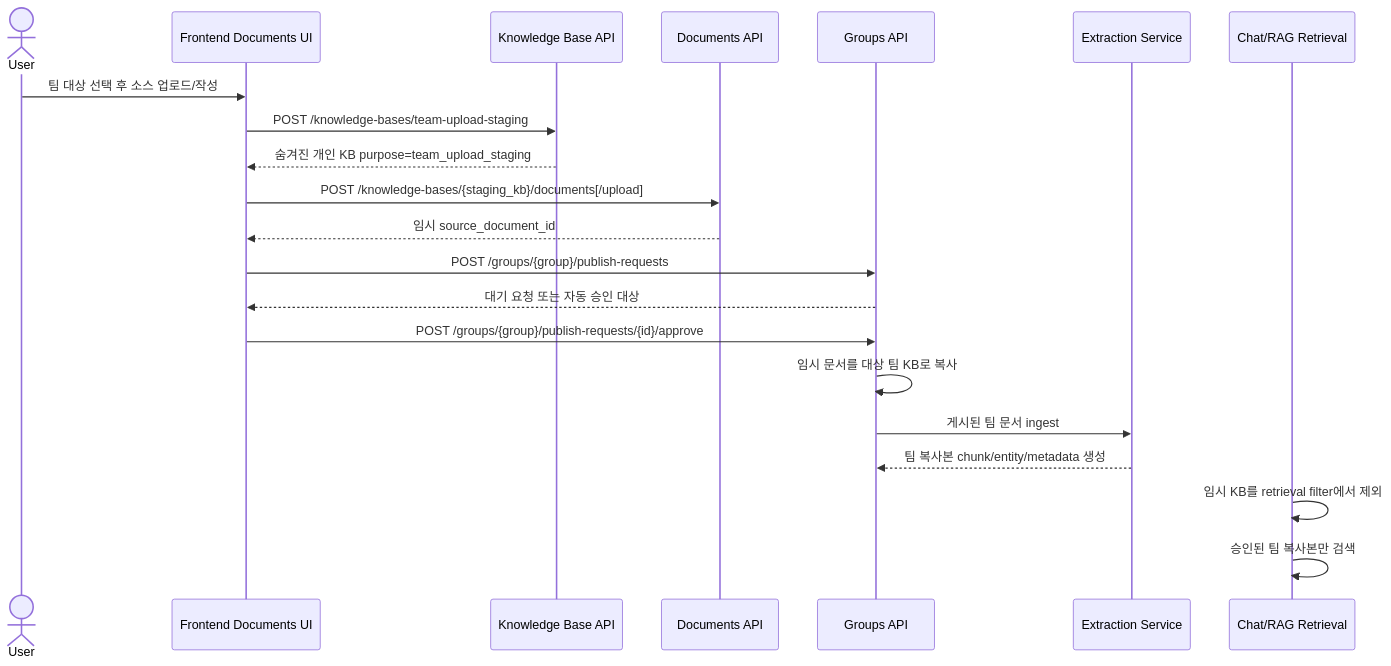
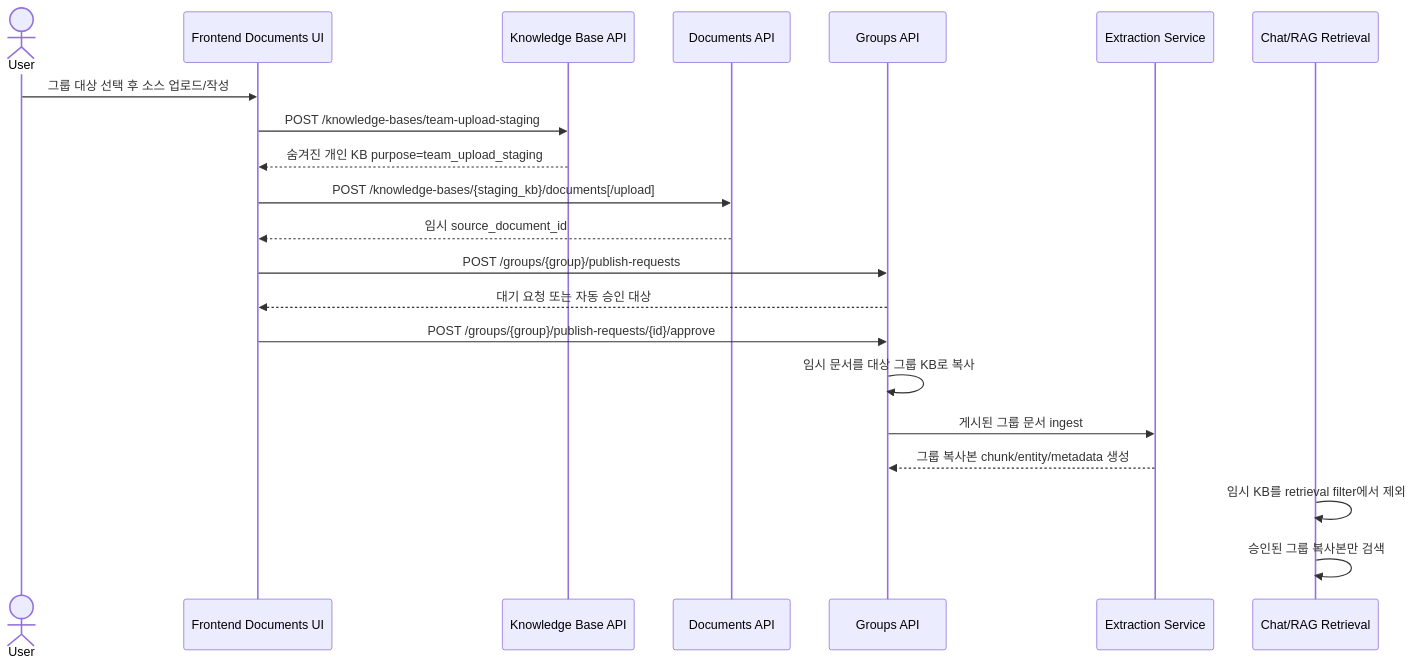
Before and after one commit to heecheon92/my-agents: the first of 2 diagrams in docs/product-chat-service/ko/18-team-upload-staging-flow.md, drawn with Mermaid. The commit also changed other lines of this file and 21 other files, not shown here.

````diff
--- a/docs/product-chat-service/ko/18-team-upload-staging-flow.md
+++ b/docs/product-chat-service/ko/18-team-upload-staging-flow.md
@@ -15,24 +15,24 @@
 ```mermaid
 sequenceDiagram
     actor User
     participant UI as Frontend Documents UI
     participant KB as Knowledge Base API
     participant Docs as Documents API
     participant Groups as Groups API
     participant Ingest as Extraction Service
     participant RAG as Chat/RAG Retrieval
 
-    User->>UI: 팀 대상 선택 후 소스 업로드/작성
+    User->>UI: 그룹 대상 선택 후 소스 업로드/작성
     UI->>KB: POST /knowledge-bases/team-upload-staging
     KB-->>UI: 숨겨진 개인 KB purpose=team_upload_staging
     UI->>Docs: POST /knowledge-bases/{staging_kb}/documents[/upload]
     Docs-->>UI: 임시 source_document_id
     UI->>Groups: POST /groups/{group}/publish-requests
     Groups-->>UI: 대기 요청 또는 자동 승인 대상
     UI->>Groups: POST /groups/{group}/publish-requests/{id}/approve
-    Groups->>Groups: 임시 문서를 대상 팀 KB로 복사
-    Groups->>Ingest: 게시된 팀 문서 ingest
-    Ingest-->>Groups: 팀 복사본 chunk/entity/metadata 생성
+    Groups->>Groups: 임시 문서를 대상 그룹 KB로 복사
+    Groups->>Ingest: 게시된 그룹 문서 ingest
+    Ingest-->>Groups: 그룹 복사본 chunk/entity/metadata 생성
     RAG->>RAG: 임시 KB를 retrieval filter에서 제외
-    RAG->>RAG: 승인된 팀 복사본만 검색
+    RAG->>RAG: 승인된 그룹 복사본만 검색
 ```
````
